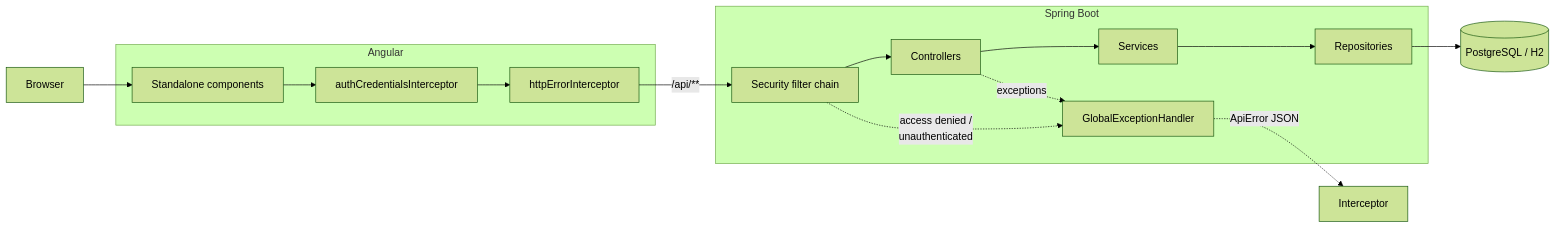
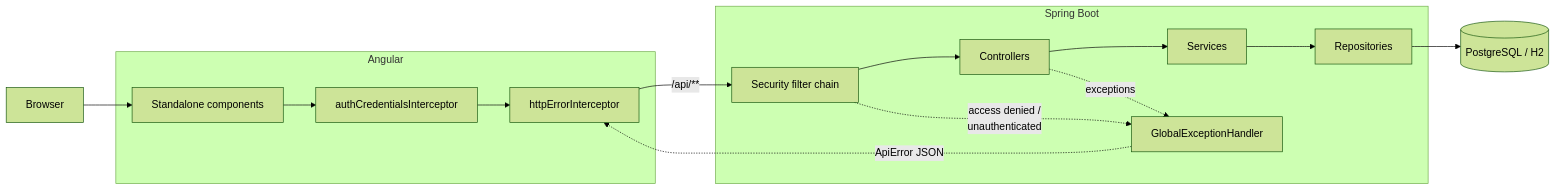
The first of 4 diagrams in docs/ARCHITECTURE.md (marco76/spring-angular-template), drawn with Mermaid (forest theme) before and after one commit. The commit also changed 8 other files, not shown here.

````diff
--- a/docs/ARCHITECTURE.md
+++ b/docs/ARCHITECTURE.md
@@ -6,32 +6,32 @@
 ```mermaid
 flowchart LR
     Browser["Browser"]
 
     subgraph Frontend["Angular"]
         UI["Standalone components"]
         AuthInterceptor["authCredentialsInterceptor"]
         ErrorInterceptor["httpErrorInterceptor"]
     end
 
     subgraph Backend["Spring Boot"]
         Security["Security filter chain"]
         Controllers["Controllers"]
         Services["Services"]
         Repos["Repositories"]
         ErrorHandler["GlobalExceptionHandler"]
     end
 
     DB[("PostgreSQL / H2")]
 
     Browser --> UI
     UI --> AuthInterceptor
     AuthInterceptor --> ErrorInterceptor
     ErrorInterceptor -- "/api/**" --> Security
     Security --> Controllers
     Controllers --> Services
     Services --> Repos
     Repos --> DB
     Controllers -. "exceptions" .-> ErrorHandler
     Security -. "access denied /\nunauthenticated" .-> ErrorHandler
-    ErrorHandler -. "ApiError JSON" .-> Interceptor
+    ErrorHandler -. "ApiError JSON" .-> ErrorInterceptor
 ```
````
